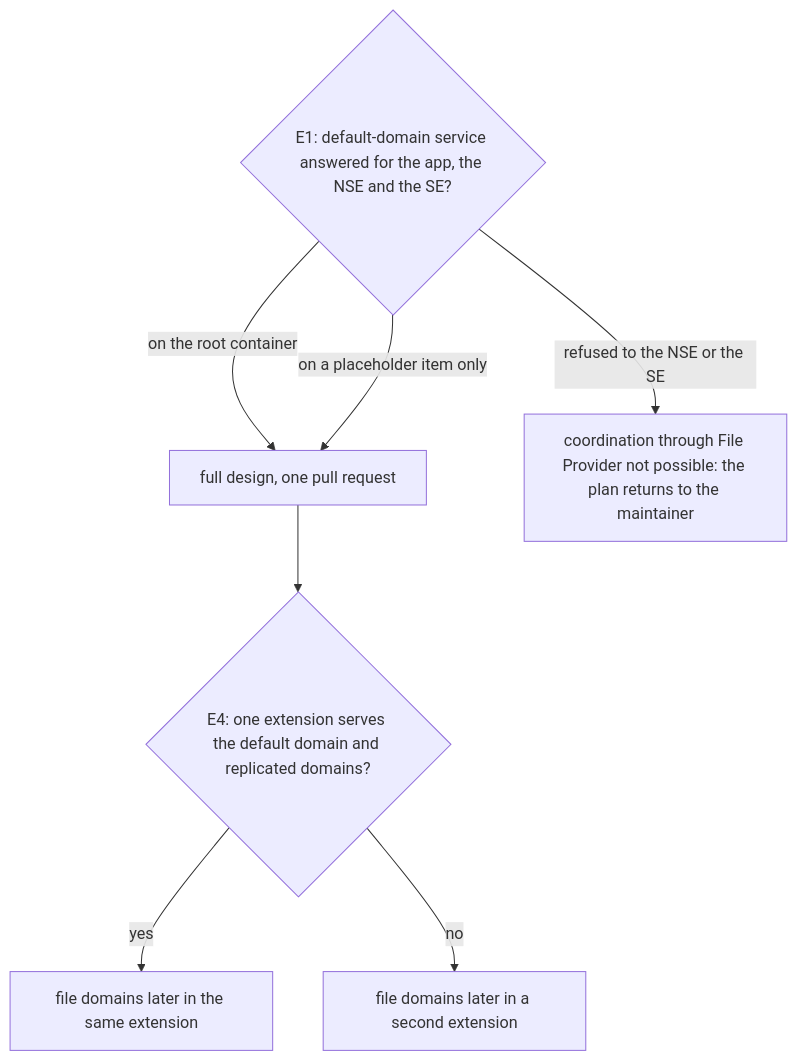
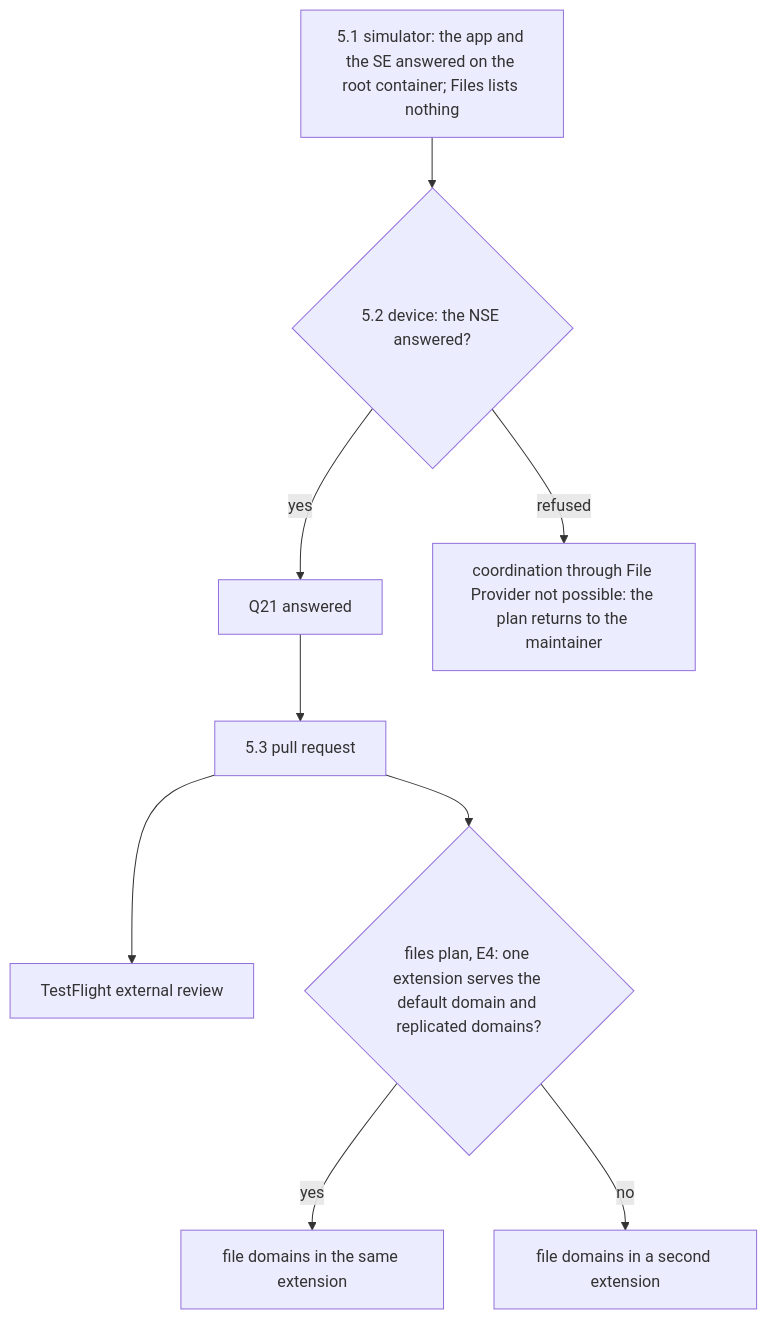
Before and after one commit to evgeny-simplex/simplex-chat: the ninth of 10 diagrams in plans/2026-11-22-ios-file-provider-coordinator.md, drawn with Mermaid. The commit also changed other lines of this file, not shown here.

Commit message:
ios: plan the coordinator pull request from the simulator experiment

````diff
--- a/plans/2026-11-22-ios-file-provider-coordinator.md
+++ b/plans/2026-11-22-ios-file-provider-coordinator.md
@@ -545,10 +555,11 @@
 ```mermaid
 flowchart TD
-  E1{E1: default-domain service answered for the app, the NSE and the SE?}
-  E1 -- on the root container --> F[full design, one pull request]
-  E1 -- on a placeholder item only --> F
-  E1 -- refused to the NSE or the SE --> X[coordination through File Provider not possible: the plan returns to the maintainer]
-  F --> E4{E4: one extension serves the default domain and replicated domains?}
-  E4 -- yes --> N1[file domains later in the same extension]
-  E4 -- no --> N2[file domains later in a second extension]
+  S[5.1 simulator: the app and the SE answered on the root container; Files lists nothing] --> D{5.2 device: the NSE answered?}
+  D -- yes --> Q[Q21 answered]
+  D -- refused --> X[coordination through File Provider not possible: the plan returns to the maintainer]
+  Q --> P[5.3 pull request]
+  P --> T[TestFlight external review]
+  P --> E4{files plan, E4: one extension serves the default domain and replicated domains?}
+  E4 -- yes --> N1[file domains in the same extension]
+  E4 -- no --> N2[file domains in a second extension]
 ```
````
